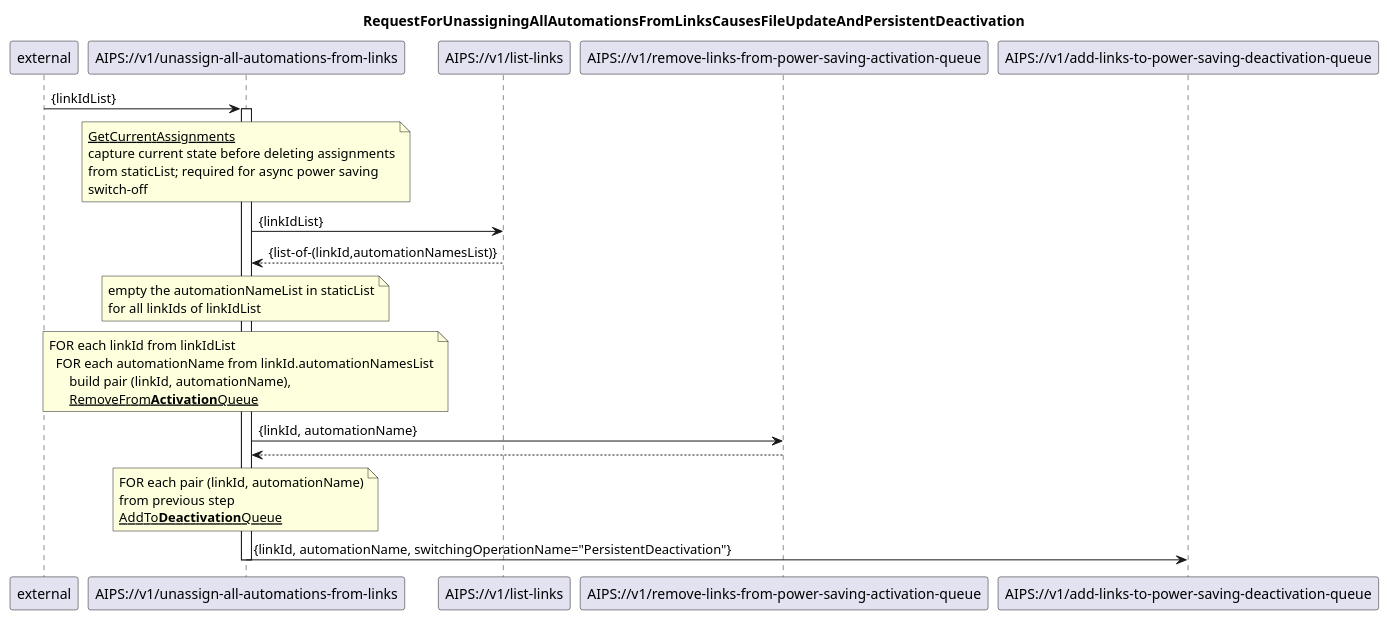
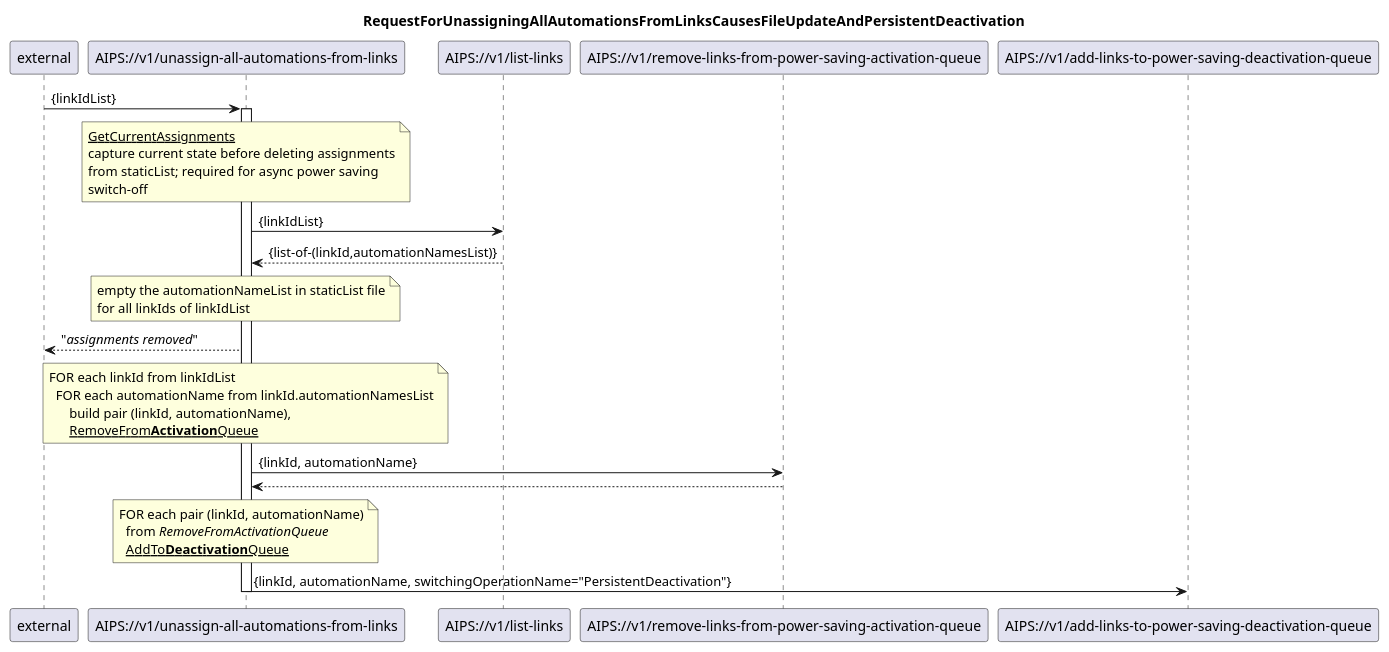
The diagram in diagrams/01 Automation management/104_unassignAllAutomationsFromLinks.plantuml (kmohr-soprasteria/AIPS_wip), drawn with PlantUML before and after one commit. The commit also changed 13 other files, not shown here.

Commit message:
modul 01 diagrams

```diff
--- a/diagrams/01 Automation management/104_unassignAllAutomationsFromLinks.plantuml
+++ b/diagrams/01 Automation management/104_unassignAllAutomationsFromLinks.plantuml
@@ -1,54 +1,55 @@
 @startuml 104_unassignAllAutomationsFromLinks
 skinparam responseMessageBelowArrow true
 
 title
 RequestForUnassigningAllAutomationsFromLinksCausesFileUpdateAndPersistentDeactivation
 end title
 
 participant "external" as requestor
 participant "AIPS://v1/unassign-all-automations-from-links" as unassignAutomation
 participant "AIPS://v1/list-links" as listLinks
 participant "AIPS://v1/remove-links-from-power-saving-activation-queue" as stopSimpleActivation
 participant "AIPS://v1/add-links-to-power-saving-deactivation-queue" as startPersistentDeactivation
 
 requestor -> unassignAutomation: {linkIdList}
 activate unassignAutomation
 
 'get current assignments from staticList
 note over unassignAutomation
   <u>GetCurrentAssignments</u>
   capture current state before deleting assignments
   from staticList; required for async power saving
   switch-off
 end note
 unassignAutomation -> listLinks: {linkIdList}
 listLinks --> unassignAutomation: {list-of-(linkId,automationNamesList)}
 
 'update staticList by deleting automationNames
 note over unassignAutomation
-  empty the automationNameList in staticList
+  empty the automationNameList in staticList file
   for all linkIds of linkIdList
 end note
+unassignAutomation --> requestor: "<i>assignments removed</i>"
 
 'stop ongoing/planned power saving
 note over unassignAutomation
   FOR each linkId from linkIdList
     FOR each automationName from linkId.automationNamesList
         build pair (linkId, automationName),
         <u>RemoveFrom<b>Activation</b>Queue</u>
 end note
 unassignAutomation -> stopSimpleActivation: {linkId, automationName}
 stopSimpleActivation --> unassignAutomation
 
 'initiate persistentDeactivation to turn power saving off
 note over unassignAutomation
   FOR each pair (linkId, automationName)
-  from previous step
-  <u>AddTo<b>Deactivation</b>Queue</u>
+    from <i>RemoveFromActivationQueue</i>
+    <u>AddTo<b>Deactivation</b>Queue</u>
 end note
 unassignAutomation -> startPersistentDeactivation: {linkId, automationName, switchingOperationName="PersistentDeactivation"}
 
 
 deactivate unassignAutomation
 
 @enduml
```
